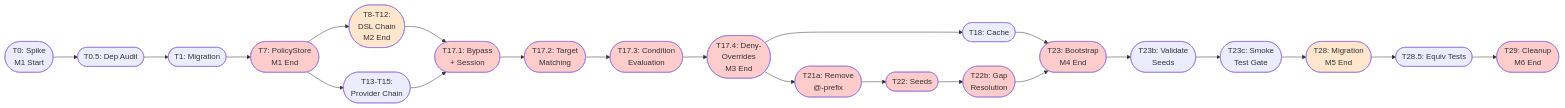
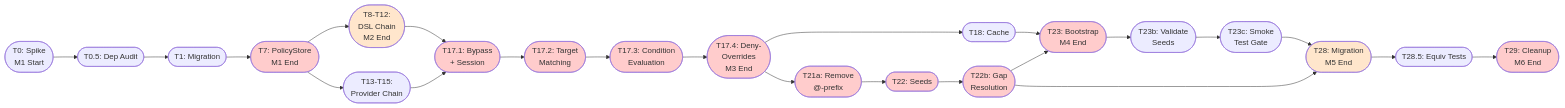
The first of 2 diagrams in docs/plans/2026-02-06-full-abac-implementation.md (holomush/holomush), drawn with Mermaid before and after one commit. The commit also changed other lines of this file, not shown here.

Commit message:
fix(plans): add T22b→T28 edge to Mermaid dependency diagrams
The cross-phase gate table listed T22b→T28 but both Mermaid diagrams
(critical path overview and phase dependency) were missing this edge.

Fixes: holomush-5k1.482

````diff
--- a/docs/plans/2026-02-06-full-abac-implementation.md
+++ b/docs/plans/2026-02-06-full-abac-implementation.md
@@ -105,40 +105,41 @@
 ```mermaid
 graph LR
     T0([T0: Spike<br/>M1 Start]) --> T0_5([T0.5: Dep Audit])
     T0_5 --> T1([T1: Migration])
     T1 --> T7([T7: PolicyStore<br/>M1 End])
 
     T7 --> T8_12([T8-T12:<br/>DSL Chain<br/>M2 End])
     T7 --> T13_15([T13-T15:<br/>Provider Chain])
 
     T8_12 --> T17_1([T17.1: Bypass<br/>+ Session])
     T13_15 --> T17_1
     T17_1 --> T17_2([T17.2: Target<br/>Matching])
     T17_2 --> T17_3([T17.3: Condition<br/>Evaluation])
     T17_3 --> T17_4([T17.4: Deny-<br/>Overrides<br/>M3 End])
 
     T17_4 --> T18([T18: Cache])
     T17_4 --> T21a([T21a: Remove<br/>@-prefix])
     T18 --> T23([T23: Bootstrap<br/>M4 End])
     T21a --> T22([T22: Seeds])
     T22 --> T22b([T22b: Gap<br/>Resolution])
     T22b --> T23
+    T22b --> T28
     T23 --> T23b([T23b: Validate<br/>Seeds])
     T23b --> T23c([T23c: Smoke<br/>Test Gate])
     T23c --> T28([T28: Migration<br/>M5 End])
     T28 --> T28_5([T28.5: Equiv Tests])
     T28_5 --> T29([T29: Cleanup<br/>M6 End])
 
     style T7 fill:#ffcccc
     style T8_12 fill:#ffe6cc
     style T17_1 fill:#ffcccc
     style T17_2 fill:#ffcccc
     style T17_3 fill:#ffcccc
     style T17_4 fill:#ffcccc
     style T21a fill:#ffcccc
     style T22 fill:#ffcccc
     style T22b fill:#ffcccc
     style T23 fill:#ffcccc
     style T28 fill:#ffe6cc
     style T29 fill:#ffcccc
 ```
````
